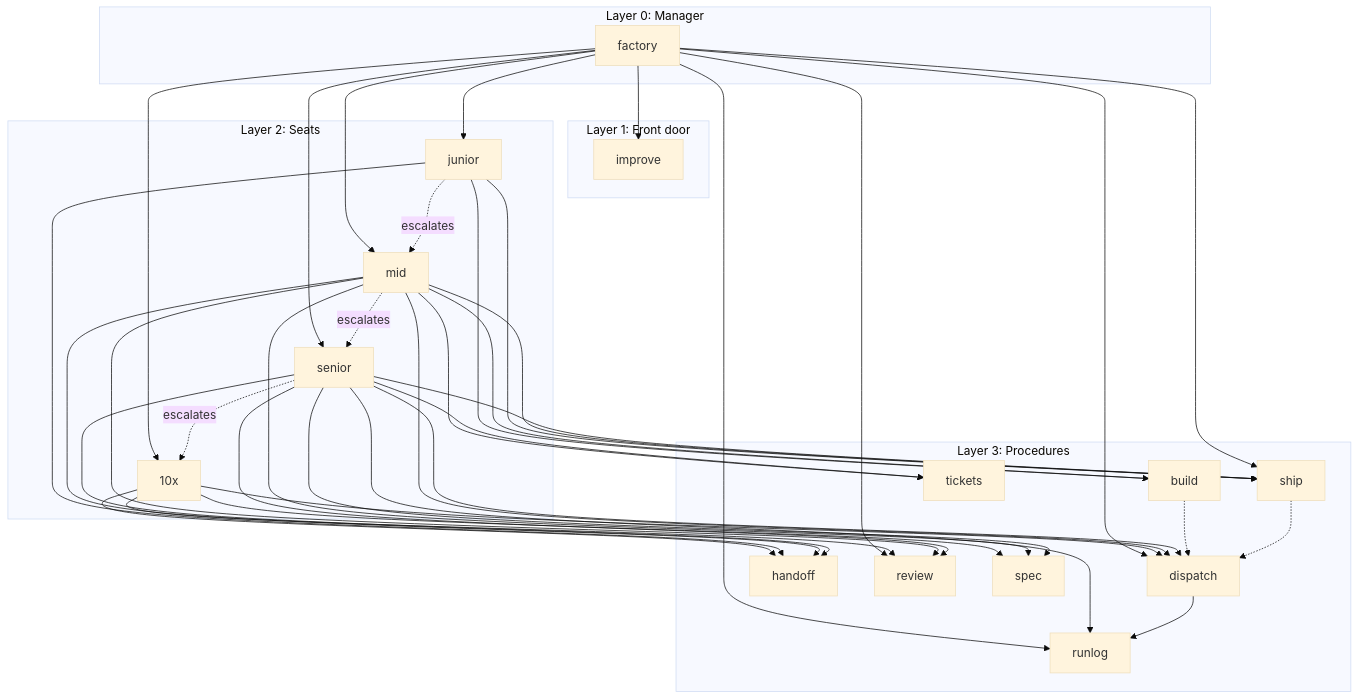
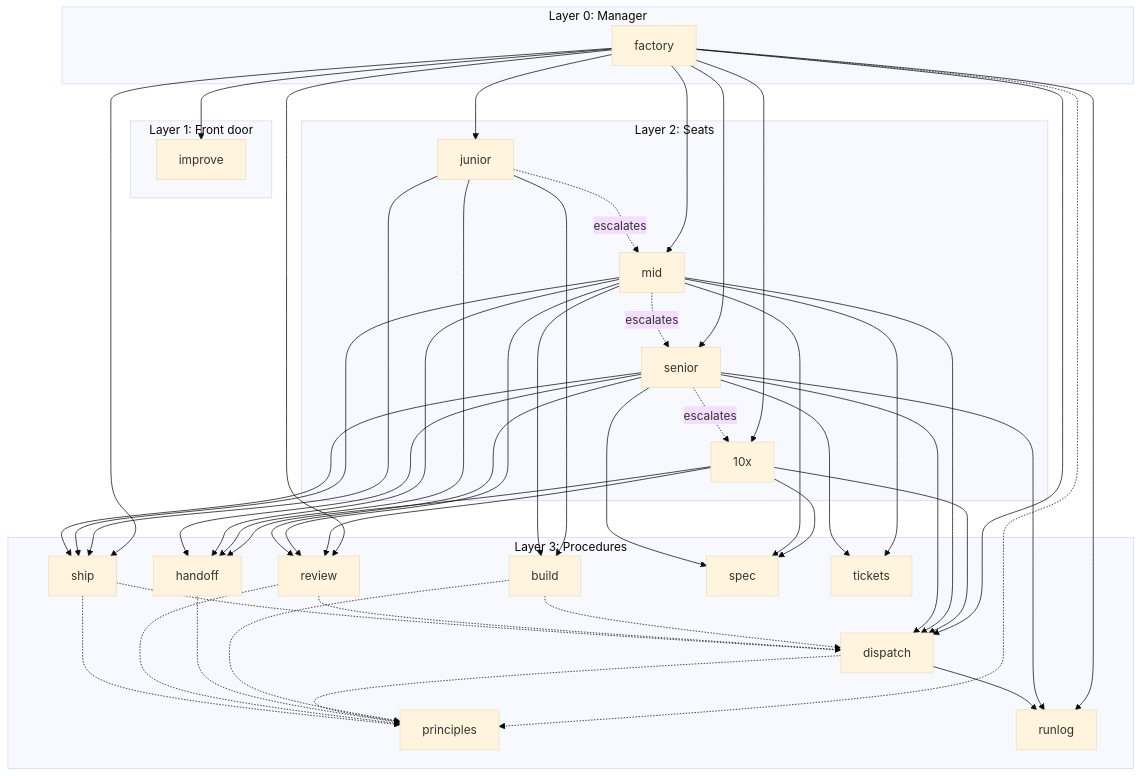
One commit to rishi23root/agent-skills changed the diagram in docs/skill-graph.md. Above: the diagram before and after it, drawn with Mermaid (base theme). The commit also changed other lines of this file and 44 other files, not shown here.

````diff
--- a/docs/skill-graph.md
+++ b/docs/skill-graph.md
@@ -7,61 +7,69 @@
 ```mermaid
 flowchart TD
   subgraph L0["Layer 0: Manager"]
     s_factory["factory"]
   end
   subgraph L1["Layer 1: Front door"]
     s_improve["improve"]
   end
   subgraph L2["Layer 2: Seats"]
     s_10x["10x"]
     s_junior["junior"]
     s_mid["mid"]
     s_senior["senior"]
   end
   subgraph L3["Layer 3: Procedures"]
     s_build["build"]
     s_dispatch["dispatch"]
     s_handoff["handoff"]
+    s_principles["principles"]
     s_review["review"]
     s_runlog["runlog"]
     s_ship["ship"]
     s_spec["spec"]
     s_tickets["tickets"]
   end
   s_factory --> s_improve
   s_factory --> s_junior
   s_factory --> s_mid
   s_factory --> s_senior
   s_factory --> s_10x
   s_factory --> s_dispatch
   s_factory --> s_review
   s_factory --> s_ship
   s_factory --> s_runlog
   s_10x --> s_spec
   s_10x --> s_dispatch
   s_10x --> s_review
   s_10x --> s_handoff
   s_junior --> s_build
   s_junior --> s_ship
   s_junior --> s_handoff
   s_mid --> s_spec
   s_mid --> s_tickets
   s_mid --> s_build
   s_mid --> s_review
   s_mid --> s_ship
   s_mid --> s_dispatch
   s_mid --> s_handoff
   s_senior --> s_spec
   s_senior --> s_tickets
   s_senior --> s_dispatch
   s_senior --> s_review
   s_senior --> s_ship
   s_senior --> s_handoff
   s_senior --> s_runlog
   s_dispatch --> s_runlog
+  s_factory -.-> s_principles
   s_build -.-> s_dispatch
+  s_build -.-> s_principles
+  s_dispatch -.-> s_principles
+  s_handoff -.-> s_principles
+  s_review -.-> s_dispatch
+  s_review -.-> s_principles
   s_ship -.-> s_dispatch
+  s_ship -.-> s_principles
   s_junior -. escalates .-> s_mid
   s_mid -. escalates .-> s_senior
   s_senior -. escalates .-> s_10x
 ```
````
